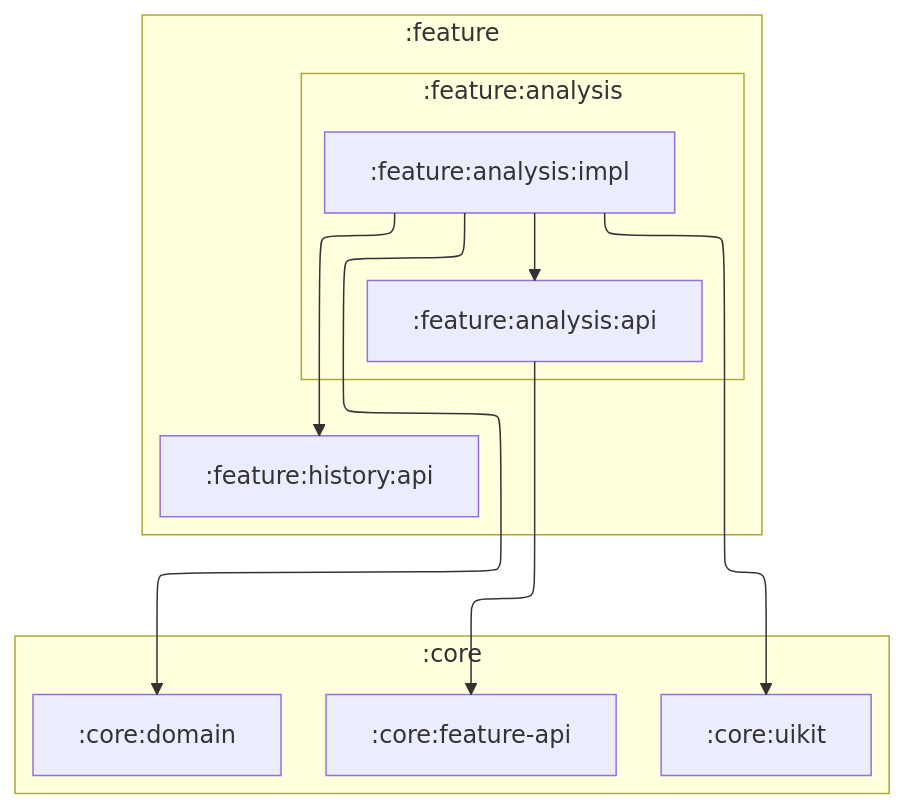
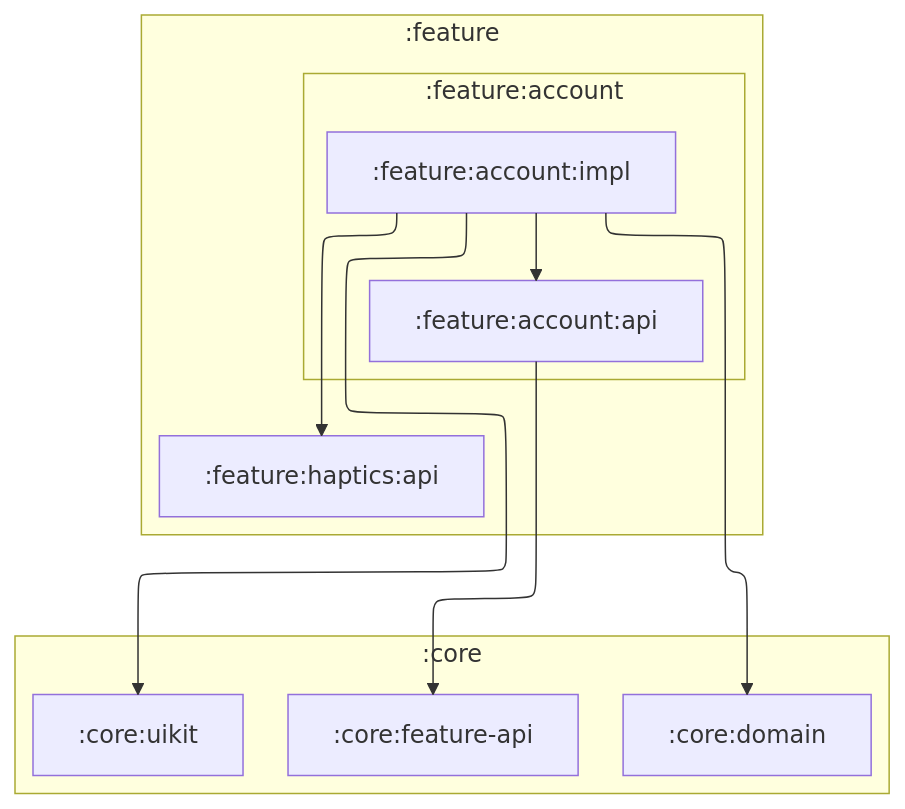
One commit to IliaVoskoboinikov/Finance-Manager changed the diagram in feature/account/impl/README.md. Above: the diagram before and after it, drawn with Mermaid. The commit also changed other lines of this file, not shown here.

Commit message:
docs(account): исправить README модуля :feature:account:impl после копипасты из analysis
Заголовок, описание ответственности и mermaid-граф зависимостей описывали
:feature:analysis:impl. Описана реальная ответственность модуля (AccountScreen,
AccountViewModel, use case-ы Create/Update/Delete/GetById) и перестроен граф
по фактическим зависимостям build.gradle.kts.

````diff
--- a/feature/account/impl/README.md
+++ b/feature/account/impl/README.md
@@ -11,31 +21,31 @@
 ```mermaid
 ---
 config:
   layout: elk
   elk:
     nodePlacementStrategy: SIMPLE
 ---
 graph TB
     subgraph :feature
-        subgraph :feature:analysis
-            :feature:analysis:api
-            :feature:analysis:impl
+        subgraph :feature:account
+            :feature:account:api
+            :feature:account:impl
         end
 
-        :feature:history:api
+        :feature:haptics:api
     end
 
     subgraph :core
         :core:uikit
         :core:domain
         :core:feature-api
     end
 
-    :feature:analysis:impl --> :feature:analysis:api
-    :feature:analysis:impl --> :core:uikit
-    :feature:analysis:impl --> :core:domain
-    :feature:analysis:impl --> :feature:history:api
-    :feature:analysis:api --> :core:feature-api
+    :feature:account:impl --> :feature:account:api
+    :feature:account:impl --> :core:domain
+    :feature:account:impl --> :core:uikit
+    :feature:account:impl --> :feature:haptics:api
+    :feature:account:api --> :core:feature-api
 
     classDef android-library fill:#9BF6FF,stroke:#000,stroke-width:2px,color:#000;
 ```
````
